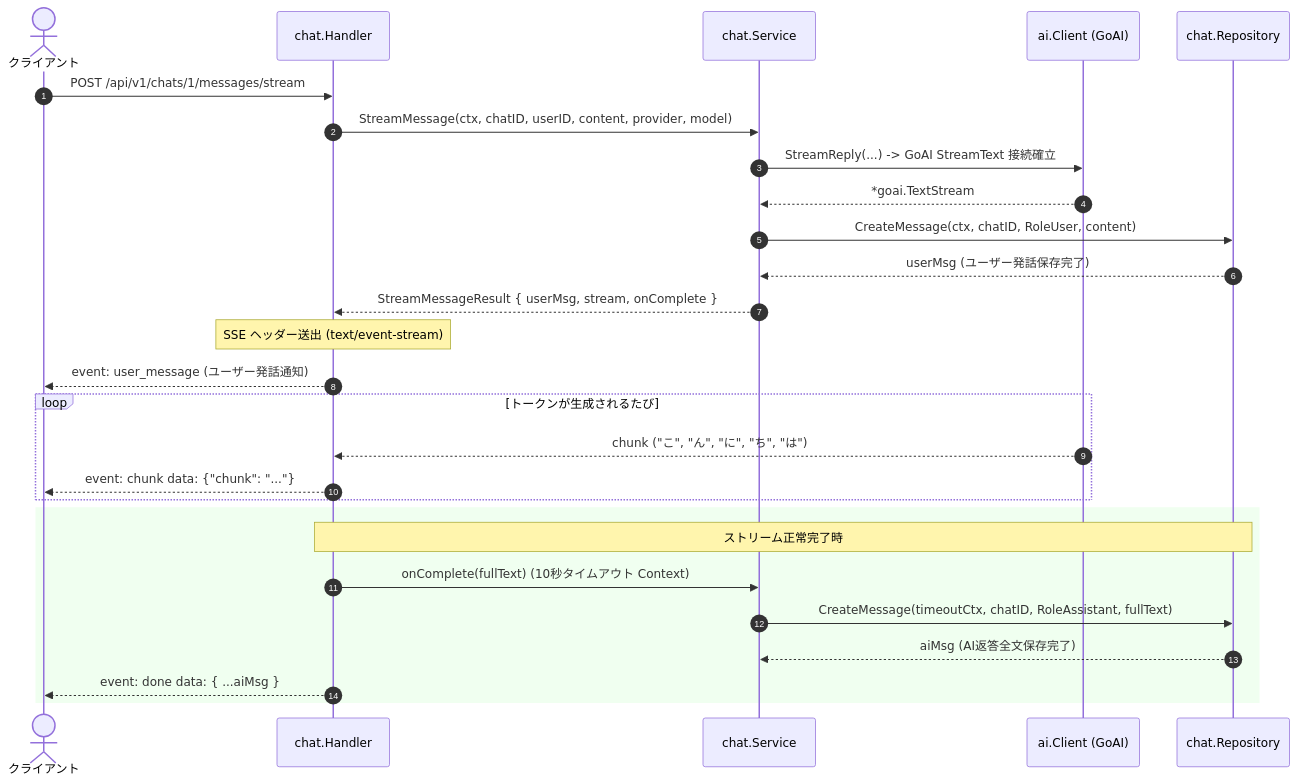
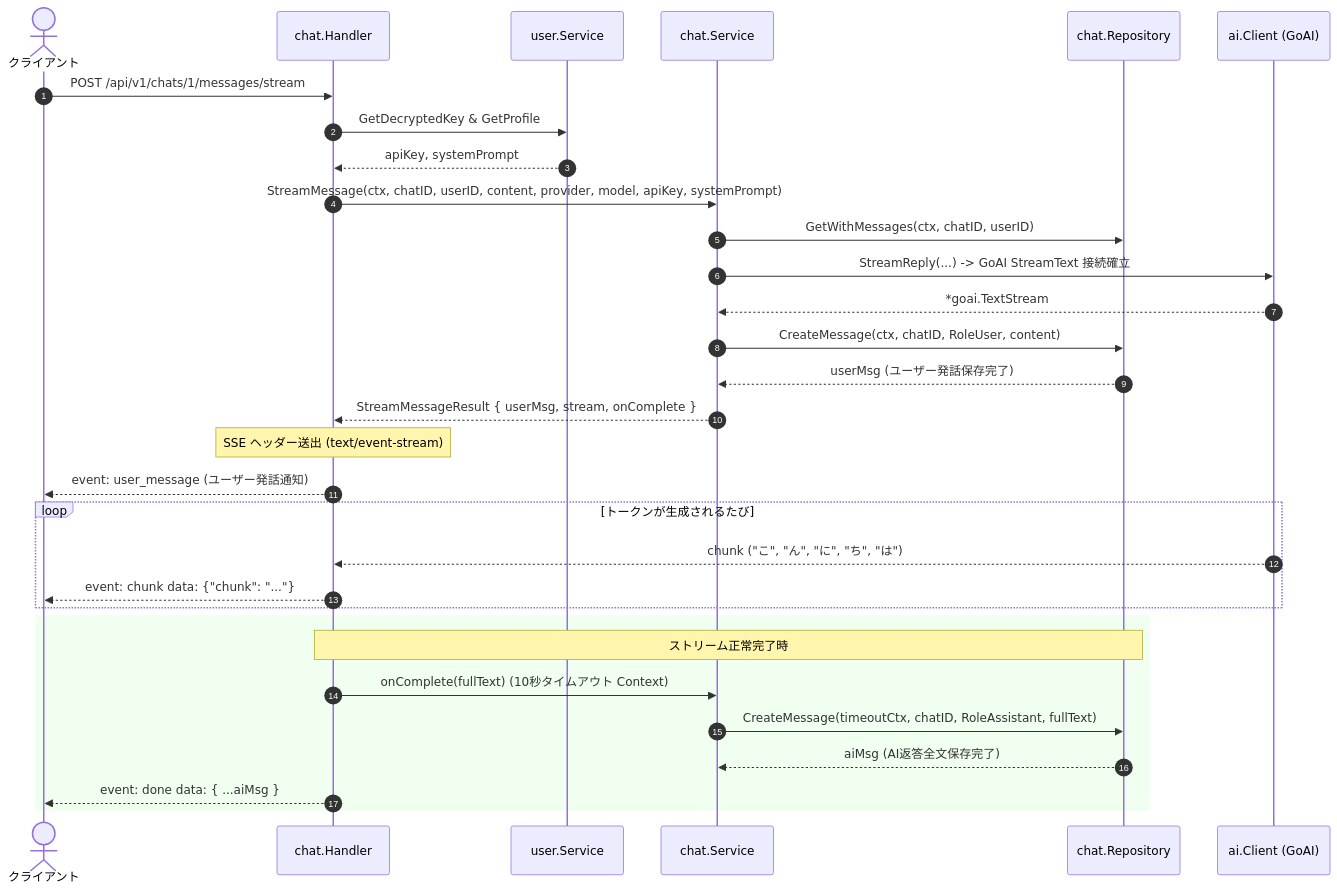
One commit to NAoMi-1242/study-gin-clerk changed the sixth of 7 diagrams in ARCHITECTURE.md. Above: the diagram before and after it, drawn with Mermaid. The commit also changed other lines of this file and 32 other files, not shown here.

First line of the commit message:
refactor: remove profile package and integrate user management

````diff
--- a/ARCHITECTURE.md
+++ b/ARCHITECTURE.md
@@ -542,33 +501,38 @@
 ```mermaid
 sequenceDiagram
     autonumber
     actor Client as クライアント
     participant Handler as chat.Handler
-    participant Service as chat.Service
+    participant UserService as user.Service
+    participant ChatService as chat.Service
+    participant Repo as chat.Repository
     participant AIClient as ai.Client (GoAI)
-    participant Repo as chat.Repository
 
     Client->>Handler: POST /api/v1/chats/1/messages/stream
-    Handler->>Service: StreamMessage(ctx, chatID, userID, content, provider, model)
-    Service->>AIClient: StreamReply(...) -> GoAI StreamText 接続確立
-    AIClient-->>Service: *goai.TextStream
-    Service->>Repo: CreateMessage(ctx, chatID, RoleUser, content)
-    Repo-->>Service: userMsg (ユーザー発話保存完了)
-    Service-->>Handler: StreamMessageResult { userMsg, stream, onComplete }
+    Handler->>UserService: GetDecryptedKey & GetProfile
+    UserService-->>Handler: apiKey, systemPrompt
+
+    Handler->>ChatService: StreamMessage(ctx, chatID, userID, content, provider, model, apiKey, systemPrompt)
+    ChatService->>Repo: GetWithMessages(ctx, chatID, userID)
+    ChatService->>AIClient: StreamReply(...) -> GoAI StreamText 接続確立
+    AIClient-->>ChatService: *goai.TextStream
+    ChatService->>Repo: CreateMessage(ctx, chatID, RoleUser, content)
+    Repo-->>ChatService: userMsg (ユーザー発話保存完了)
+    ChatService-->>Handler: StreamMessageResult { userMsg, stream, onComplete }
 
     Note over Handler: SSE ヘッダー送出 (text/event-stream)
     Handler-->>Client: event: user_message (ユーザー発話通知)
 
     loop トークンが生成されるたび
         AIClient-->>Handler: chunk ("こ", "ん", "に", "ち", "は")
         Handler-->>Client: event: chunk data: {"chunk": "..."}
     end
 
     rect rgb(240, 255, 240)
         Note over Handler,Repo: ストリーム正常完了時
-        Handler->>Service: onComplete(fullText) (10秒タイムアウト Context)
-        Service->>Repo: CreateMessage(timeoutCtx, chatID, RoleAssistant, fullText)
-        Repo-->>Service: aiMsg (AI返答全文保存完了)
+        Handler->>ChatService: onComplete(fullText) (10秒タイムアウト Context)
+        ChatService->>Repo: CreateMessage(timeoutCtx, chatID, RoleAssistant, fullText)
+        Repo-->>ChatService: aiMsg (AI返答全文保存完了)
         Handler-->>Client: event: done data: { ...aiMsg }
     end
 ```
````
